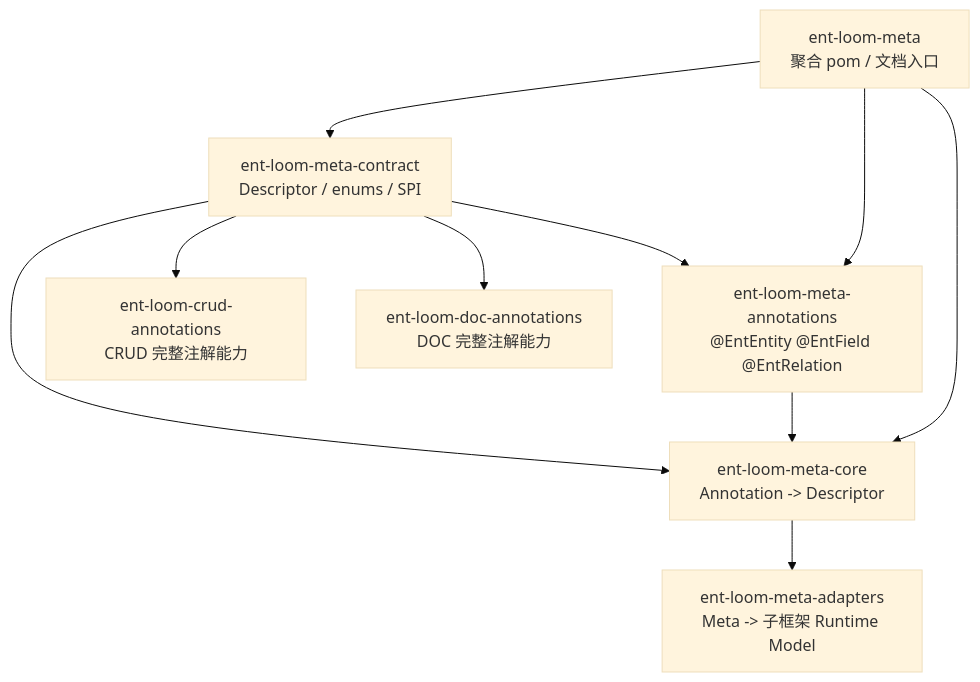
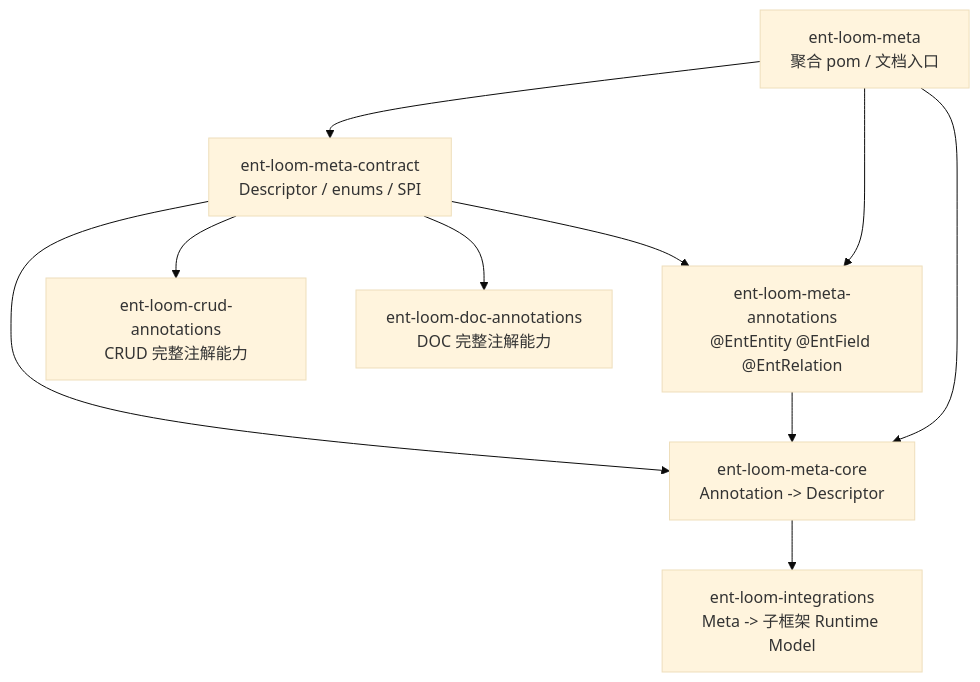
Before and after one commit to ent-loom/ent-loom: the first of 3 diagrams in docs/architecture/core/meta/annotation-architecture.md, drawn with Mermaid (base theme). The commit also changed 662 other files, not shown here.

````diff
--- a/docs/architecture/core/meta/annotation-architecture.md
+++ b/docs/architecture/core/meta/annotation-architecture.md
@@ -17,20 +17,20 @@
 ```mermaid
 flowchart TD
     meta["ent-loom-meta<br/>聚合 pom / 文档入口"]
     contract["ent-loom-meta-contract<br/>Descriptor / enums / SPI"]
     annotations["ent-loom-meta-annotations<br/>@EntEntity @EntField @EntRelation"]
     core["ent-loom-meta-core<br/>Annotation -> Descriptor"]
     crudAnno["ent-loom-crud-annotations<br/>CRUD 完整注解能力"]
     docAnno["ent-loom-doc-annotations<br/>DOC 完整注解能力"]
-    adapter["ent-loom-meta-adapters<br/>Meta -> 子框架 Runtime Model"]
+    adapter["ent-loom-integrations<br/>Meta -> 子框架 Runtime Model"]
 
     meta --> contract
     meta --> annotations
     meta --> core
     contract --> annotations
     annotations --> core
     contract --> core
     contract --> crudAnno
     contract --> docAnno
     core --> adapter
 ```
````
